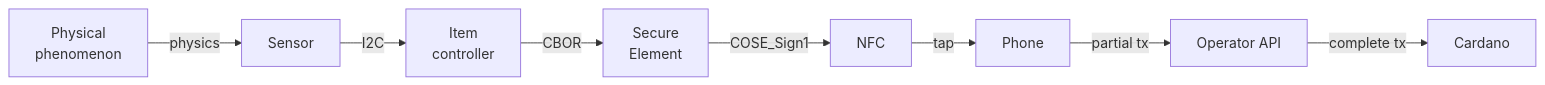
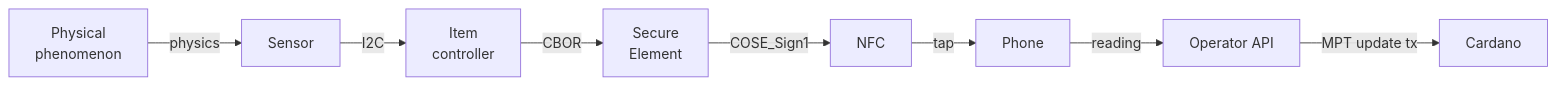
The third of 3 diagrams in docs/cardano/signed-readings.md (lambdasistemi/eu-digital-product-passport), drawn with Mermaid before and after one commit. The commit also changed other lines of this file, not shown here.

````diff
--- a/docs/cardano/signed-readings.md
+++ b/docs/cardano/signed-readings.md
@@ -362,10 +322,10 @@
 ```mermaid
 graph LR
     A[Physical<br/>phenomenon] -->|physics| B[Sensor]
     B -->|I2C| C[Item<br/>controller]
     C -->|CBOR| D[Secure<br/>Element]
     D -->|COSE_Sign1| E[NFC]
     E -->|tap| F[Phone]
-    F -->|partial tx| G[Operator API]
-    G -->|complete tx| H[Cardano]
+    F -->|reading| G[Operator API]
+    G -->|MPT update tx| H[Cardano]
 ```
````
